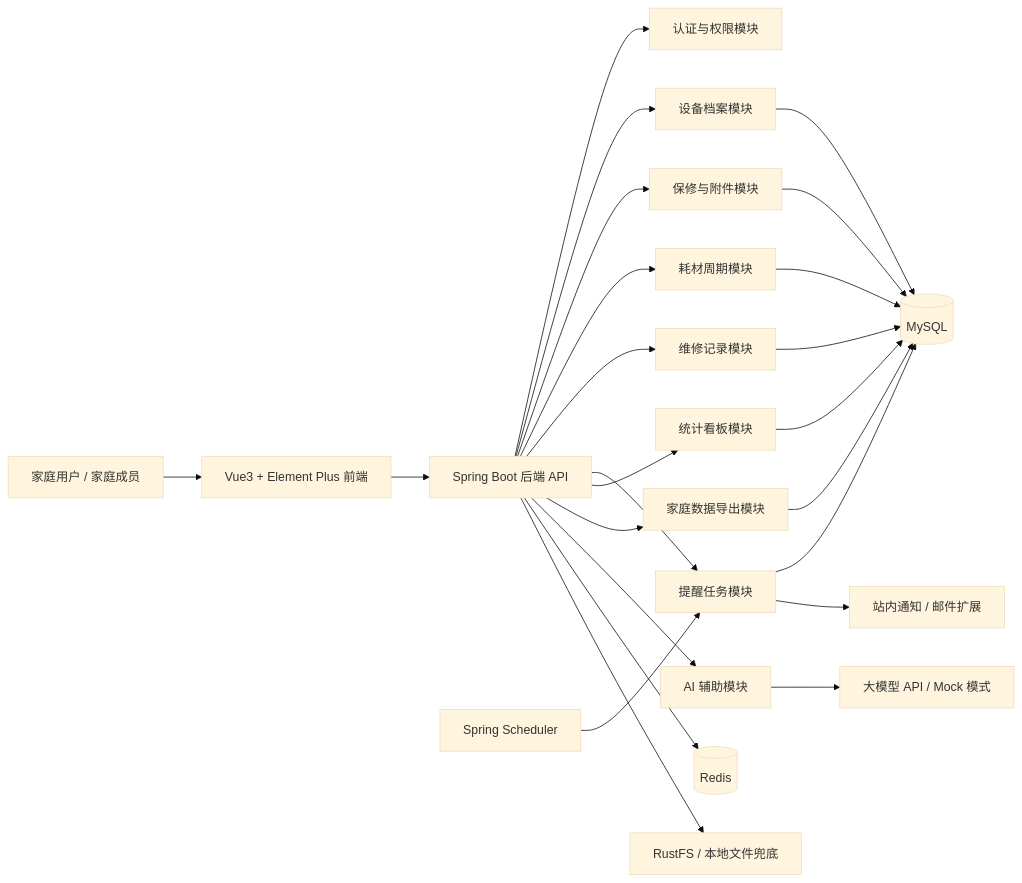
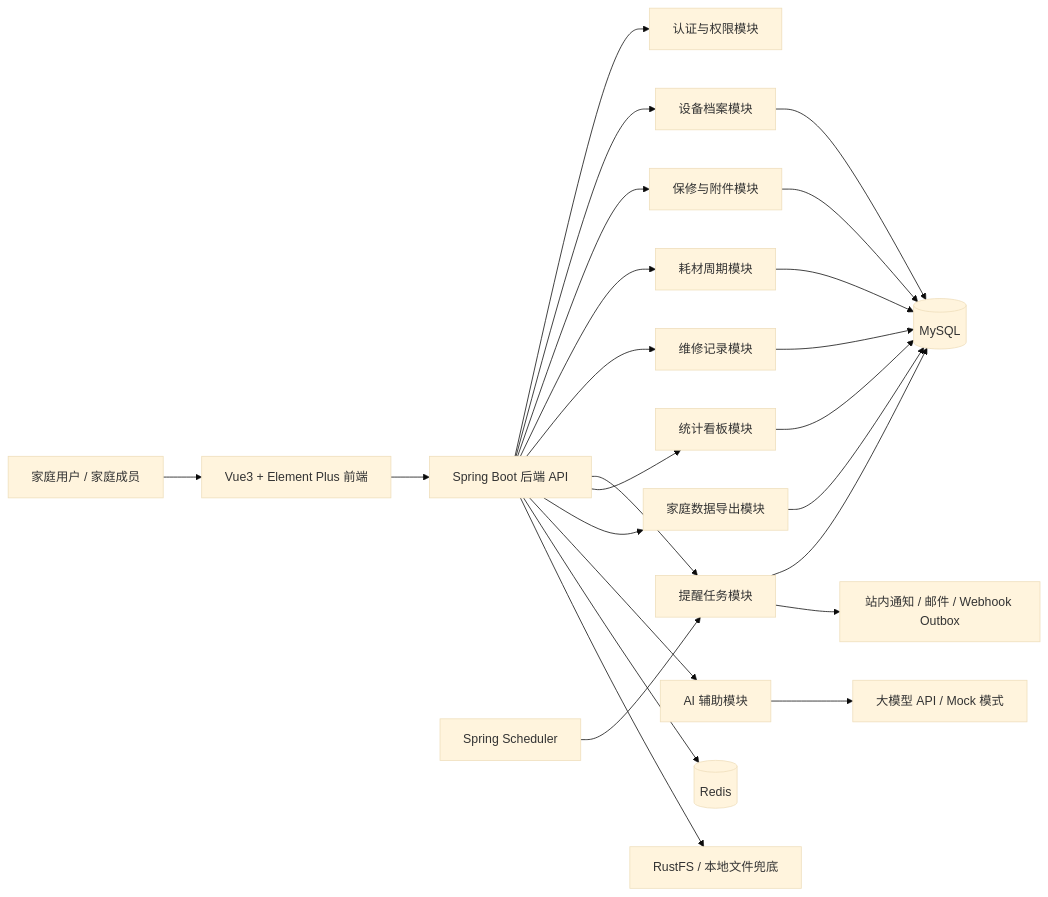
The diagram in README.md (BQHM/fixledger), drawn with Mermaid (base theme) before and after one commit. The commit also changed other lines of this file and 87 other files, not shown here.

````diff
--- a/README.md
+++ b/README.md
@@ -62,30 +62,30 @@
 ```mermaid
 flowchart LR
     User["家庭用户 / 家庭成员"] --> Web["Vue3 + Element Plus 前端"]
     Web --> API["Spring Boot 后端 API"]
 
     API --> Auth["认证与权限模块"]
     API --> Asset["设备档案模块"]
     API --> Warranty["保修与附件模块"]
     API --> Consumable["耗材周期模块"]
     API --> Maintenance["维修记录模块"]
     API --> Reminder["提醒任务模块"]
     API --> Dashboard["统计看板模块"]
     API --> Export["家庭数据导出模块"]
     API --> AI["AI 辅助模块"]
 
     Asset --> MySQL[("MySQL")]
     Warranty --> MySQL
     Consumable --> MySQL
     Maintenance --> MySQL
     Reminder --> MySQL
     Dashboard --> MySQL
     Export --> MySQL
 
     API --> Redis[("Redis")]
     API --> Storage["RustFS / 本地文件兜底"]
     AI --> LLM["大模型 API / Mock 模式"]
 
     Scheduler["Spring Scheduler"] --> Reminder
-    Reminder --> Notify["站内通知 / 邮件扩展"]
+    Reminder --> Notify["站内通知 / 邮件 / Webhook Outbox"]
 ```
````
